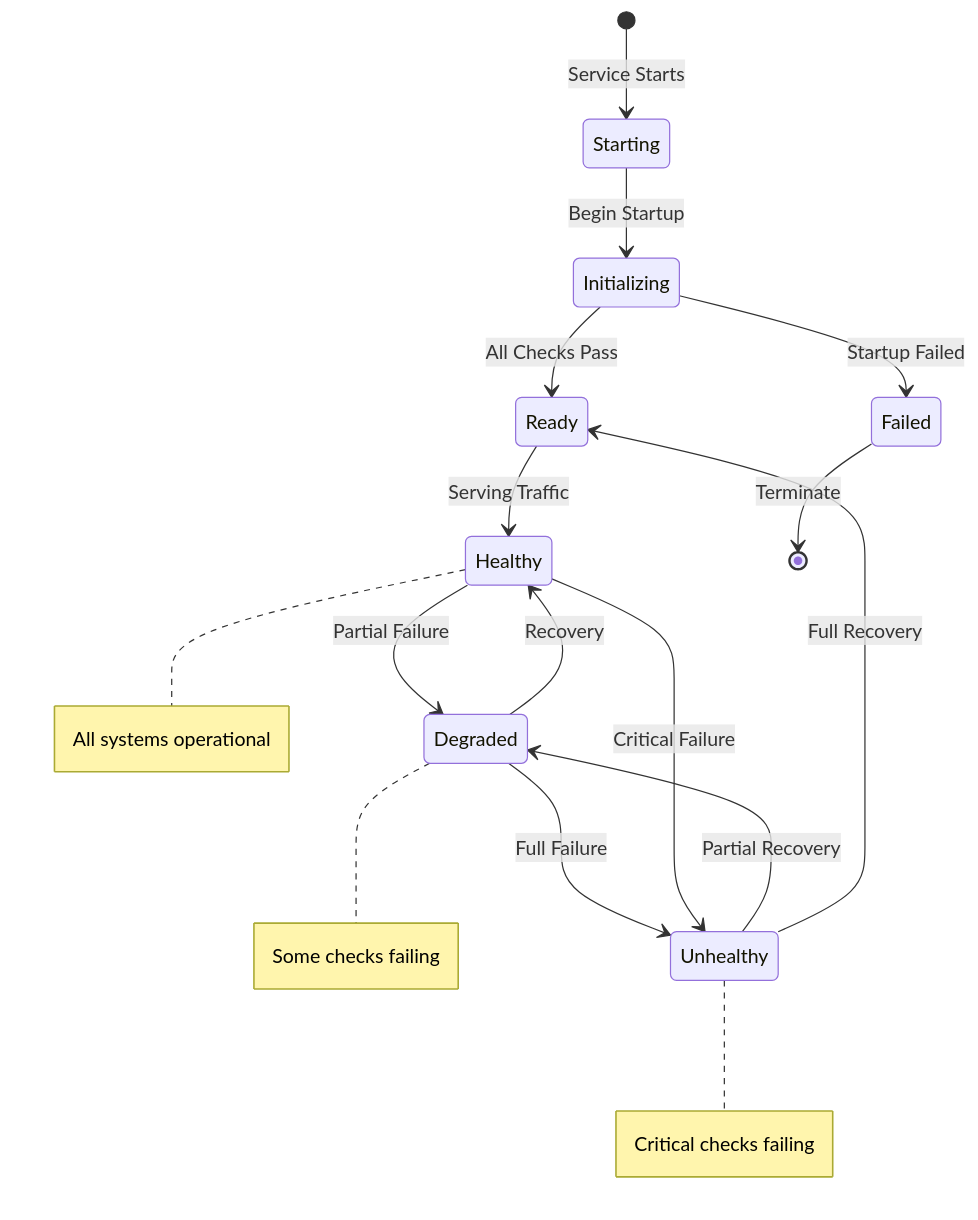
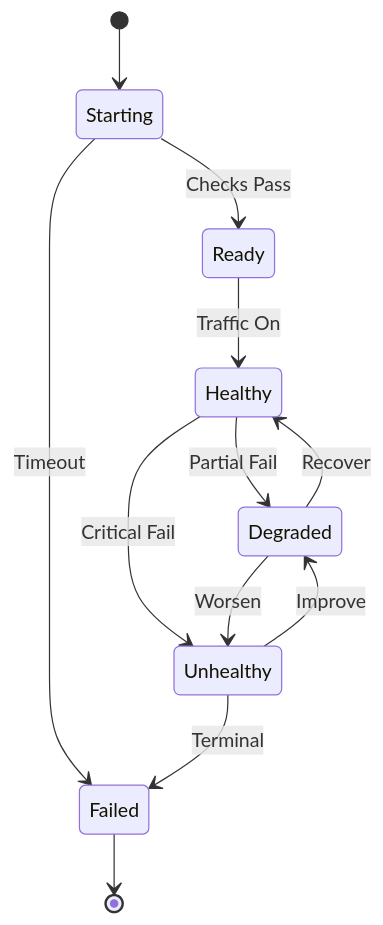
The second of 3 diagrams in docs/patterns/health-check.md (deepaucksharma/DStudio), drawn with Mermaid before and after one commit. The commit also changed other lines of this file and 86 other files, not shown here.

````diff
--- a/docs/patterns/health-check.md
+++ b/docs/patterns/health-check.md
@@ -98,23 +77,18 @@
 ```mermaid
 stateDiagram-v2
-    [*] --> Starting: Service Starts
+    [*] --> Starting
+    Starting --> Ready: Checks Pass
+    Starting --> Failed: Timeout
     
-    Starting --> Initializing: Begin Startup
-    Initializing --> Ready: All Checks Pass
-    Initializing --> Failed: Startup Failed
+    Ready --> Healthy: Traffic On
+    Healthy --> Degraded: Partial Fail
+    Healthy --> Unhealthy: Critical Fail
     
-    Ready --> Healthy: Serving Traffic
-    Healthy --> Degraded: Partial Failure
-    Degraded --> Healthy: Recovery
-    Degraded --> Unhealthy: Full Failure
+    Degraded --> Healthy: Recover
+    Degraded --> Unhealthy: Worsen
     
-    Healthy --> Unhealthy: Critical Failure
-    Unhealthy --> Degraded: Partial Recovery
-    Unhealthy --> Ready: Full Recovery
+    Unhealthy --> Degraded: Improve
+    Unhealthy --> Failed: Terminal
     
-    Failed --> [*]: Terminate
-    
-    note right of Healthy: All systems operational
-    note right of Degraded: Some checks failing
-    note right of Unhealthy: Critical checks failing
+    Failed --> [*]
 ```
````
